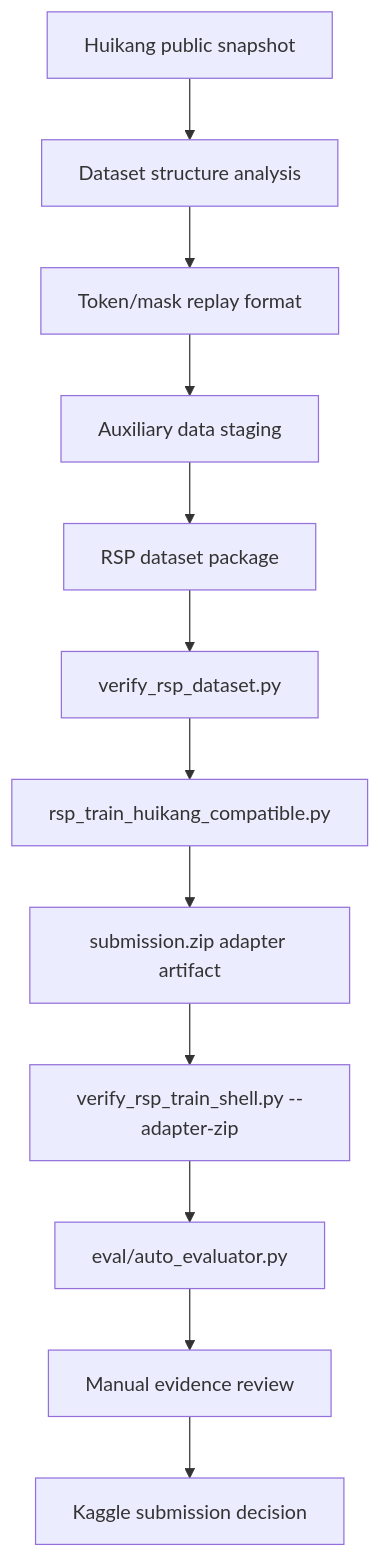
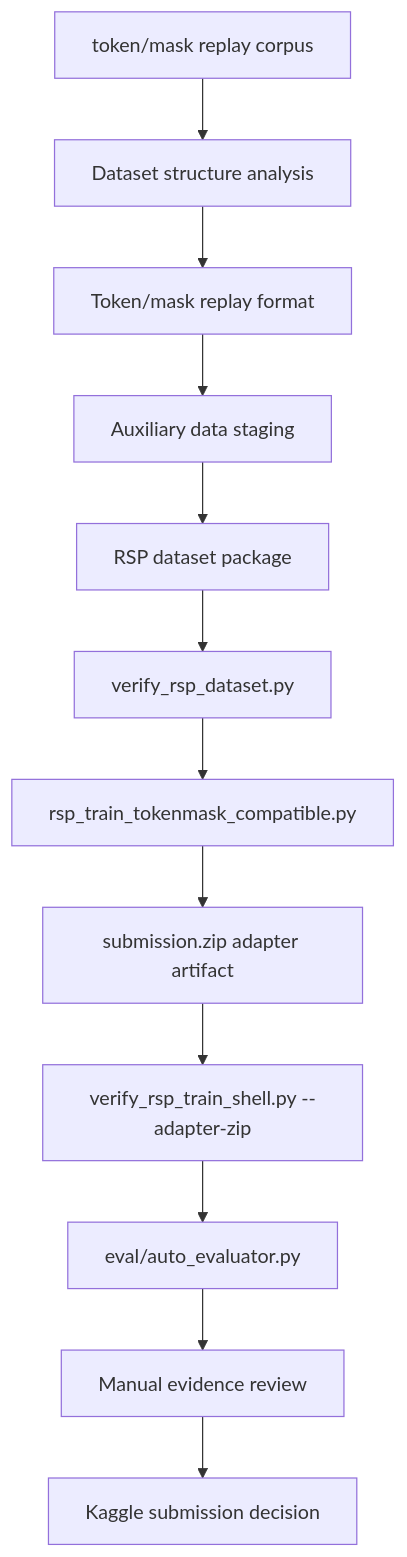
The diagram in docs/architecture.md (leegongman/nvidia-nemotron-reasoning), drawn with Mermaid before and after one commit. The commit also changed other lines of this file and 17 other files, not shown here.

````diff
--- a/docs/architecture.md
+++ b/docs/architecture.md
@@ -21,14 +21,14 @@
 ```mermaid
 flowchart TD
-    A["Huikang public snapshot"] --> B["Dataset structure analysis"]
+    A["token/mask replay corpus"] --> B["Dataset structure analysis"]
     B --> C["Token/mask replay format"]
     C --> D["Auxiliary data staging"]
     D --> E["RSP dataset package"]
     E --> F["verify_rsp_dataset.py"]
-    F --> G["rsp_train_huikang_compatible.py"]
+    F --> G["rsp_train_tokenmask_compatible.py"]
     G --> H["submission.zip adapter artifact"]
     H --> I["verify_rsp_train_shell.py --adapter-zip"]
     I --> J["eval/auto_evaluator.py"]
     J --> K["Manual evidence review"]
     K --> L["Kaggle submission decision"]
 ```
````
